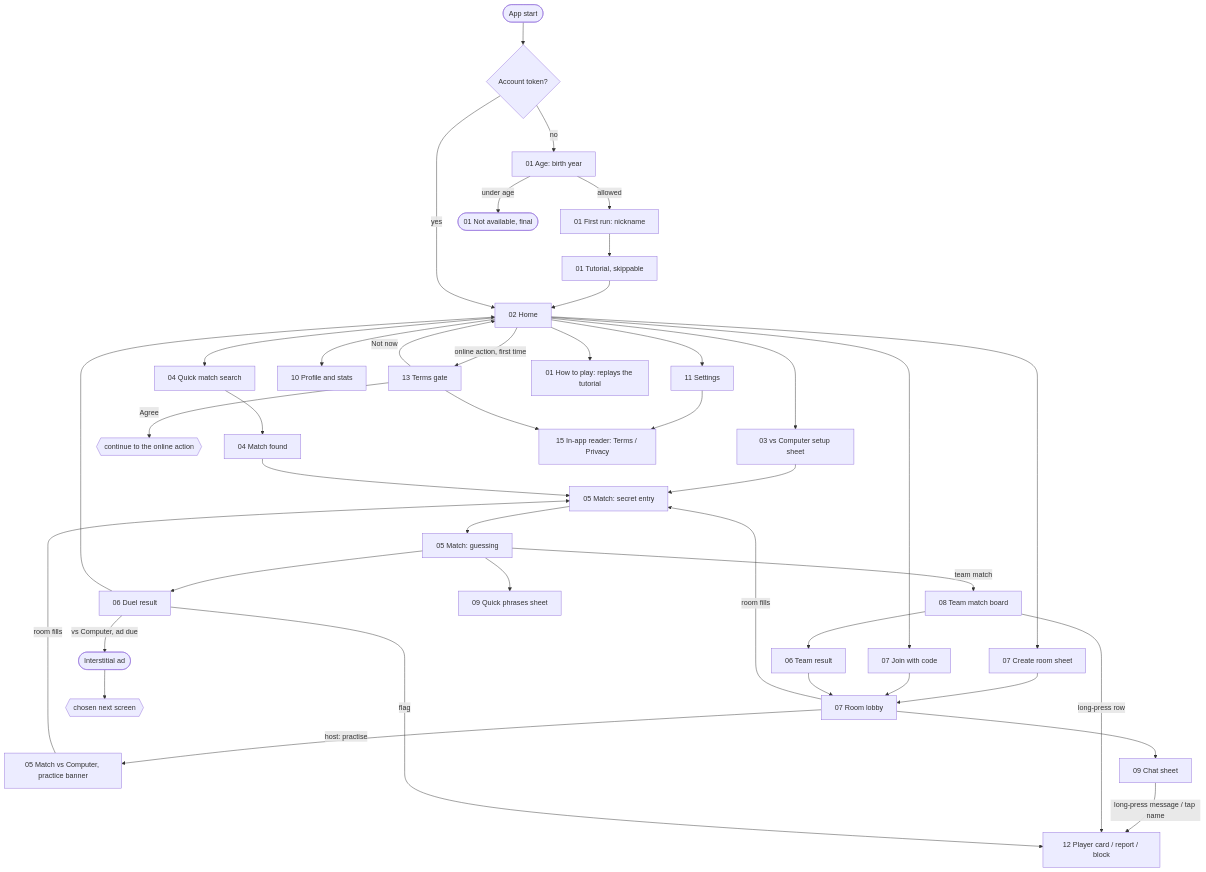
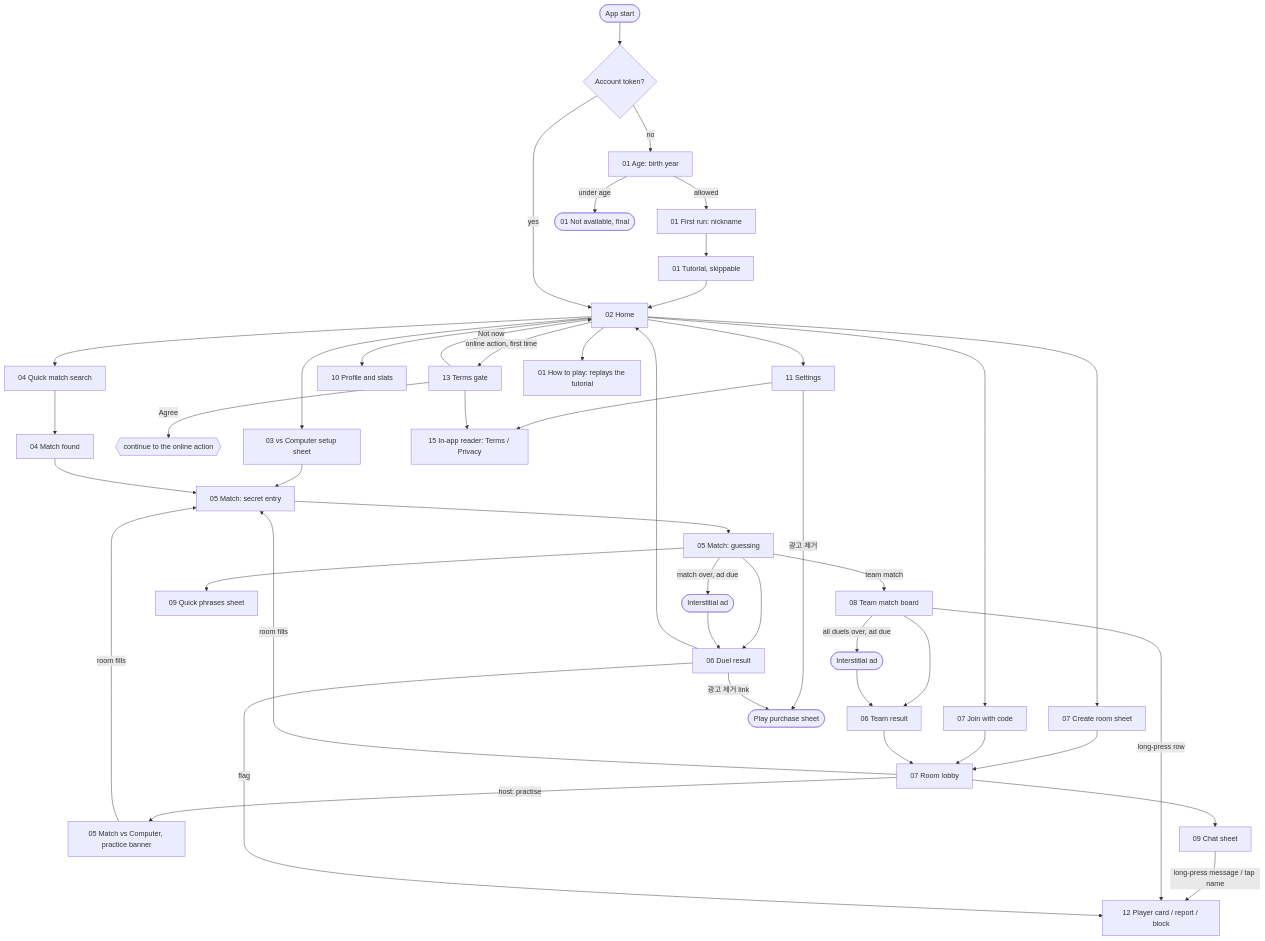
One commit to iansuh/dlaicourse changed the diagram in number-baseball-app/design/screens/FLOW.md. Above: the diagram before and after it, drawn with Mermaid. The commit also changed other lines of this file and 76 other files, not shown here.

````diff
--- a/number-baseball-app/design/screens/FLOW.md
+++ b/number-baseball-app/design/screens/FLOW.md
@@ -5,39 +5,42 @@
 ```mermaid
 flowchart TD
   Launch([App start]) --> HasAcct{Account token?}
   HasAcct -- no --> Age[01 Age: birth year]
   Age -- allowed --> Nick[01 First run: nickname]
   Age -- under age --> NA([01 Not available, final])
   Nick --> Tut[01 Tutorial, skippable]
   Tut --> Home
   HasAcct -- yes --> Home[02 Home]
 
   Home --> CpuSetup[03 vs Computer setup sheet] --> Secret
   Home -- online action, first time --> Terms[13 Terms gate]
   Terms -- Agree --> Online{{continue to the online action}}
   Terms -- Not now --> Home
   Home --> Search[04 Quick match search] --> Found[04 Match found] --> Secret
   Home --> CreateRoom[07 Create room sheet] --> Lobby[07 Room lobby]
   Home --> Join[07 Join with code] --> Lobby
   Home --> Profile[10 Profile and stats]
   Home --> Settings[11 Settings]
   Settings --> Legal[15 In-app reader: Terms / Privacy]
   Terms --> Legal
   Home --> Rules[01 How to play: replays the tutorial]
 
   Lobby -- host: practise --> Practice[05 Match vs Computer, practice banner]
   Practice -- room fills --> Secret
   Lobby -- room fills --> Secret[05 Match: secret entry]
   Lobby --> Chat[09 Chat sheet]
   Secret --> Guess[05 Match: guessing] --> Result[06 Duel result]
   Guess -- team match --> Board[08 Team match board]
   Guess --> Phrases[09 Quick phrases sheet]
   Board --> TeamResult[06 Team result]
-  Result -- vs Computer, ad due --> Inter([Interstitial ad]) --> Next{{chosen next screen}}
+  Guess -- match over, ad due --> Inter([Interstitial ad]) --> Result
+  Board -- all duels over, ad due --> Inter2([Interstitial ad]) --> TeamResult
+  Settings -- 광고 제거 --> Play([Play purchase sheet])
+  Result -- 광고 제거 link --> Play
   Result --> Home
   TeamResult --> Lobby
 
   Chat -- long-press message / tap name --> Card[12 Player card / report / block]
   Board -- long-press row --> Card
   Result -- flag --> Card
 ```
````
